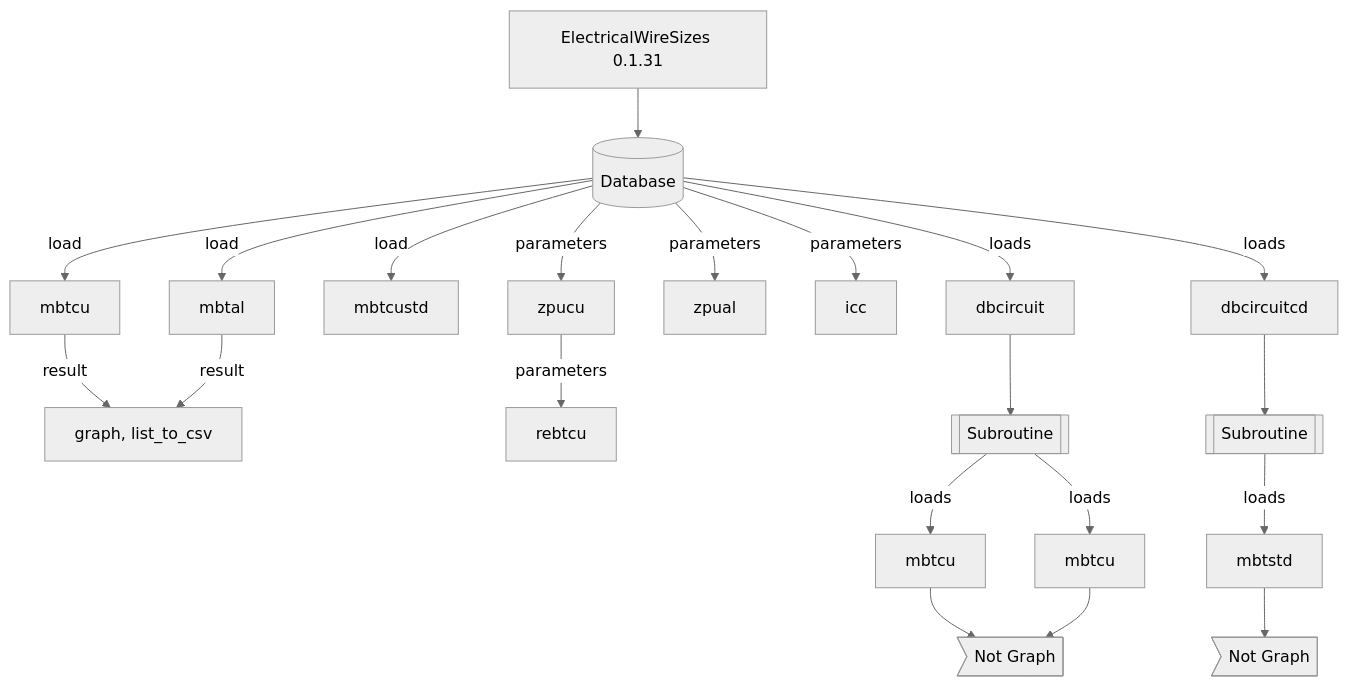
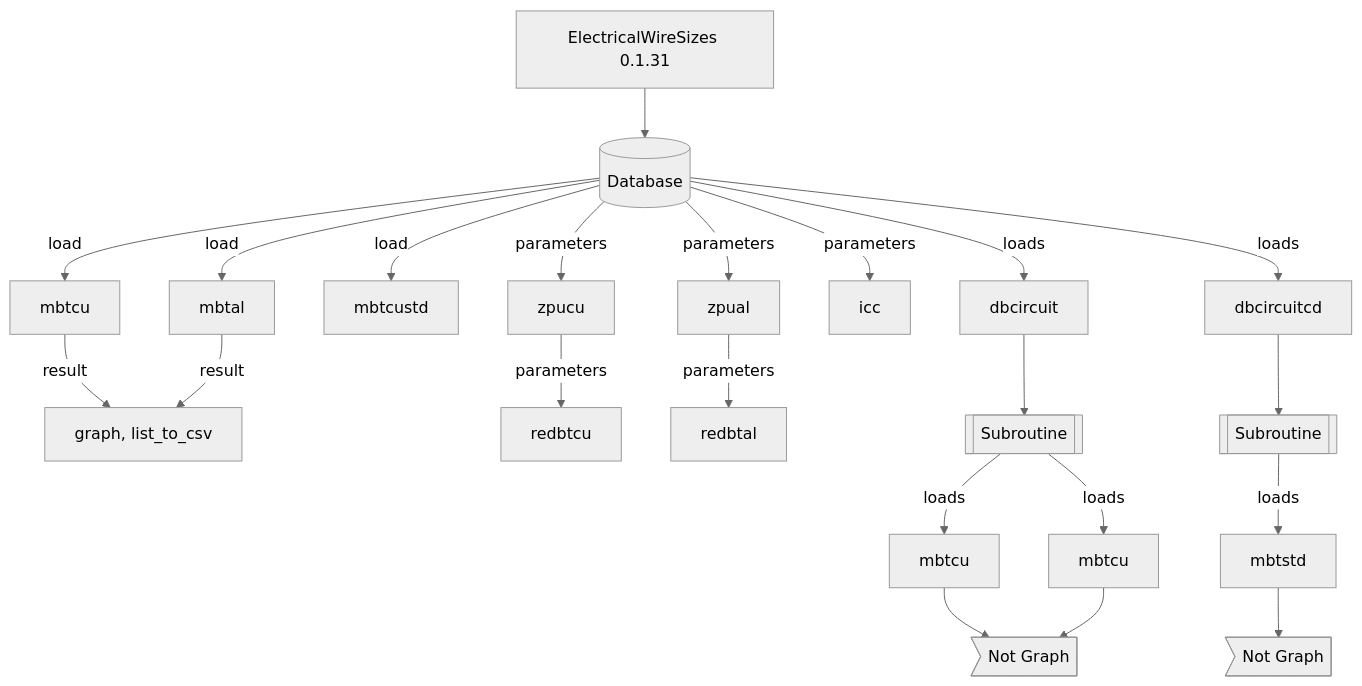
Before and after one commit to jacometoss/PyEWS: the diagram in README.md, drawn with Mermaid (neutral theme).

Commit message:
Documentación
Se actualiza el diagramad e la documentación

````diff
--- a/README.md
+++ b/README.md
@@ -191,17 +191,18 @@
 ```mermaid
 graph TD
 
 B[ElectricalWireSizes 0.1.31]-->db[(Database)]
 	db -->|load| A[mbtcu]-->|result| I[graph, list_to_csv]
     db -->|load| C[mbtal]-->|result| I[graph, list_to_csv]	
     db -->|load| D[mbtcustd]
     db -->|parameters| E[zpucu]
     db -->|parameters| F[zpual]
     db -->|parameters| J[icc]
-    E -->|parameters| rd[rebtcu]
+    E -->|parameters| ra[redbtcu]
+    F -->|parameters| rb[redbtal]
     db -->|loads| G[dbcircuit] --> H[[Subroutine]]
     H -->|loads| k[mbtcu]--> id1>Not Graph]
     H -->|loads| l[mbtcu]--> id1>Not Graph]
     db -->|loads| M[dbcircuitcd] --> N[[Subroutine]]
     N -->|loads| O[mbtstd]--> id2>Not Graph]   
 ```
````
